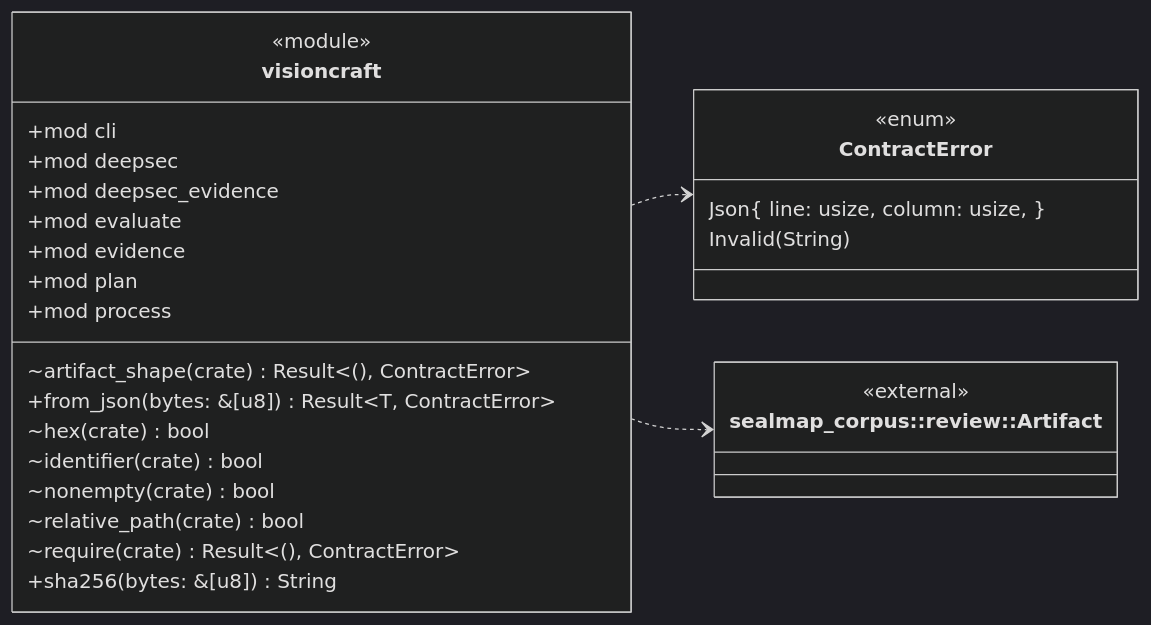
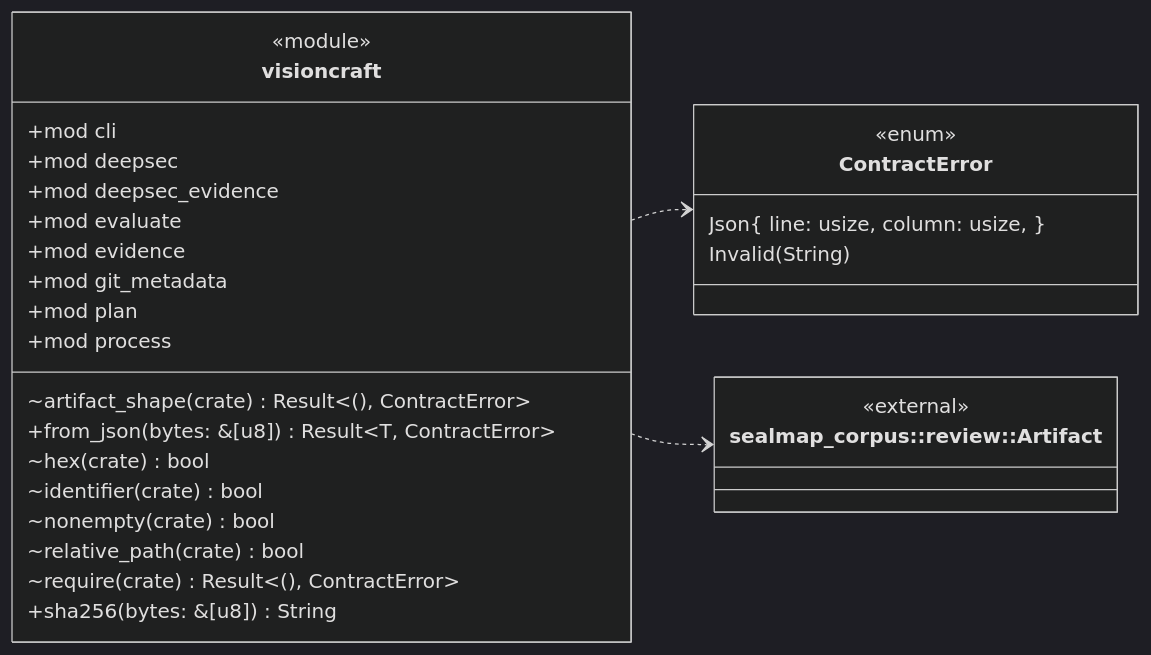
Before and after one commit to DreamLab-AI/visioncraft: the diagram in docs/diagrams/generated/src/lib.rs.md, drawn with Mermaid (dark theme). The commit also changed other lines of this file and 12 other files, not shown here.

Commit message:
Refresh verified ADRs and source-derived diagrams after review repairs

````diff
--- a/docs/diagrams/generated/src/lib.rs.md
+++ b/docs/diagrams/generated/src/lib.rs.md
@@ -14,32 +14,33 @@
 ```mermaid
 classDiagram
   direction LR
   class visioncraft___tContractError["ContractError"] {
     <<enum>>
     Json#123; line: usize, column: usize, #125;
     Invalid#40;String#41;
   }
   class visioncraft {
     <<module>>
     ~artifact_shape(crate) Result#lt;#40;#41;, ContractError#gt;
     +mod cli
     +mod deepsec
     +mod deepsec_evidence
     +mod evaluate
     +mod evidence
     +from_json(bytes: &[u8]) Result#lt;T, ContractError#gt;
+    +mod git_metadata
     ~hex(crate) bool
     ~identifier(crate) bool
     ~nonempty(crate) bool
     +mod plan
     +mod process
     ~relative_path(crate) bool
     ~require(crate) Result#lt;#40;#41;, ContractError#gt;
     +sha256(bytes: &[u8]) String
   }
   class _sealmap_corpus__review__Artifact["sealmap_corpus::review::Artifact"] {
     <<external>>
   }
   visioncraft ..> visioncraft___tContractError
   visioncraft ..> _sealmap_corpus__review__Artifact
 ```
````
